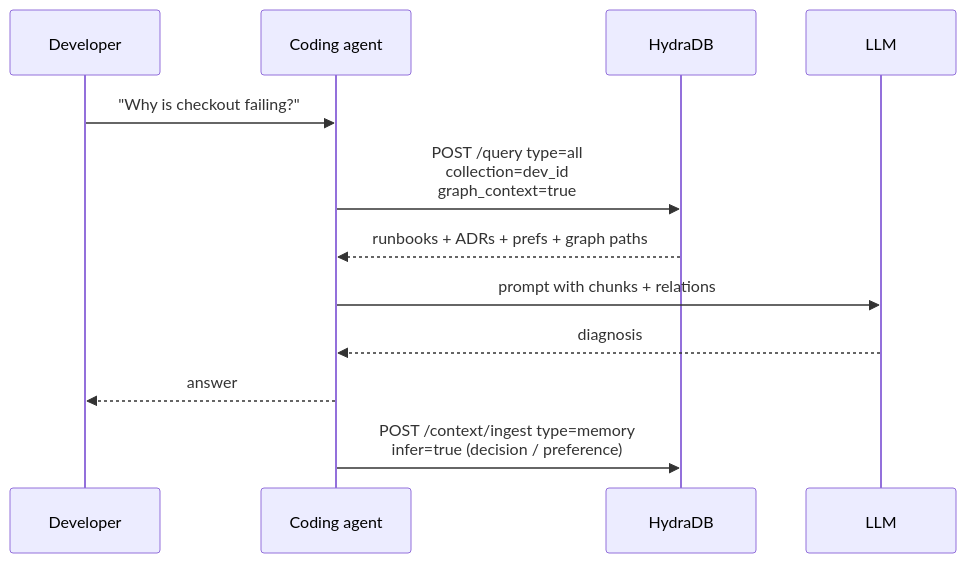
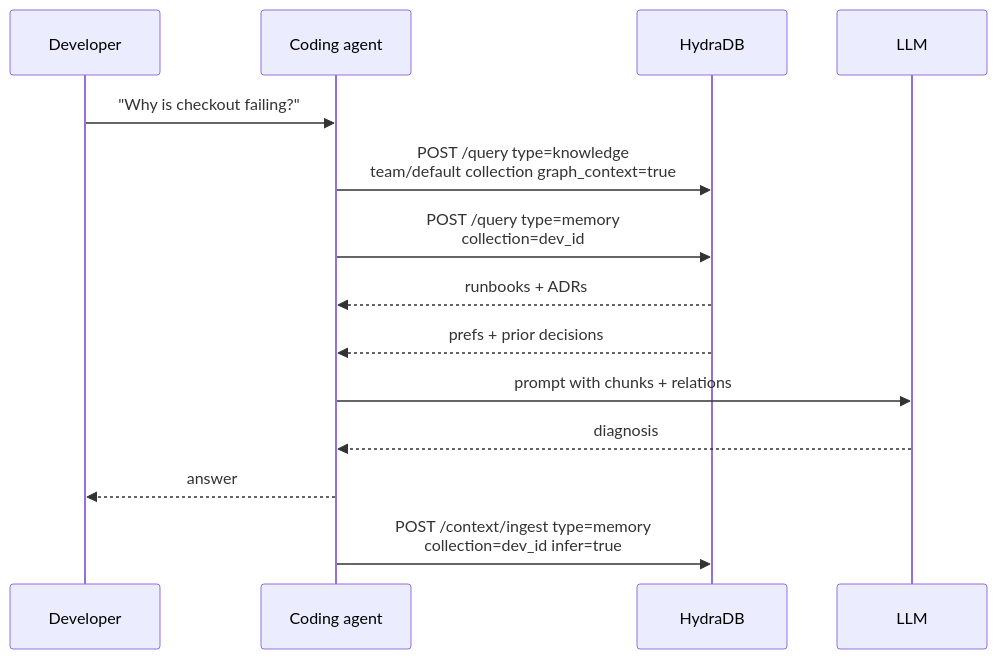
Before and after one commit to hydra-db/mintlify-docs: the fourth of 7 diagrams in essentials/v2/context-architecture/reference-architectures.mdx, drawn with Mermaid. The commit also changed other lines of this file and 7 other files, not shown here.

````diff
--- a/essentials/v2/context-architecture/reference-architectures.mdx
+++ b/essentials/v2/context-architecture/reference-architectures.mdx
@@ -125,15 +135,17 @@
 ```mermaid
 sequenceDiagram
   participant Dev as Developer
   participant Agent as Coding agent
   participant H as HydraDB
   participant LLM as LLM
 
   Dev->>Agent: "Why is checkout failing?"
-  Agent->>H: POST /query type=all<br/>collection=dev_id<br/>graph_context=true
-  H-->>Agent: runbooks + ADRs + prefs + graph paths
+  Agent->>H: POST /query type=knowledge<br/>team/default collection graph_context=true
+  Agent->>H: POST /query type=memory<br/>collection=dev_id
+  H-->>Agent: runbooks + ADRs
+  H-->>Agent: prefs + prior decisions
   Agent->>LLM: prompt with chunks + relations
   LLM-->>Agent: diagnosis
   Agent-->>Dev: answer
-  Agent->>H: POST /context/ingest type=memory<br/>infer=true (decision / preference)
+  Agent->>H: POST /context/ingest type=memory<br/>collection=dev_id infer=true
 ```
````
